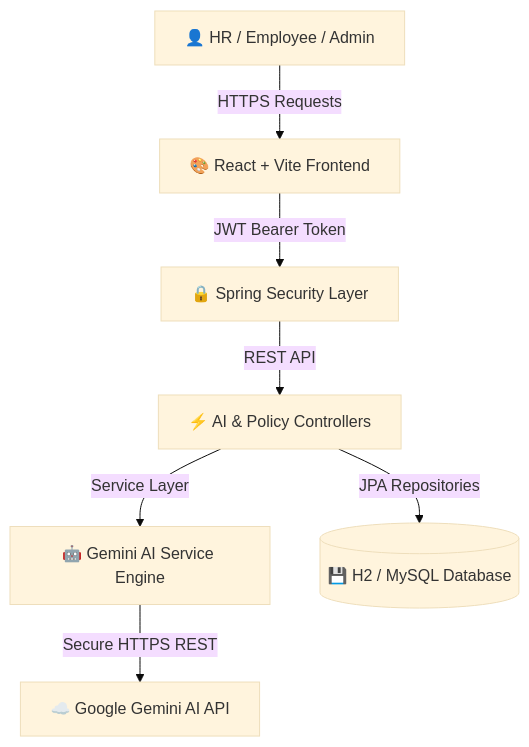
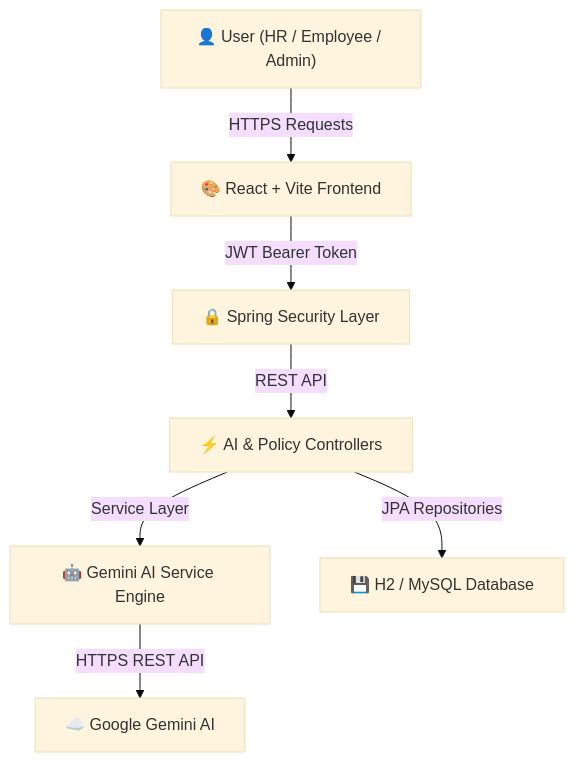
One commit to Dharnishkumaran0831/InsurAI-Project changed the diagram in README.md. Above: the diagram before and after it, drawn with Mermaid (base theme).

Commit message:
Fix Mermaid flowchart diagram syntax for GitHub rendering

````diff
--- a/README.md
+++ b/README.md
@@ -65,9 +65,9 @@
 ```mermaid
-graph TD;
-    User[👤 HR / Employee / Admin] -->|HTTPS Requests| Frontend[🎨 React + Vite Frontend]
-    Frontend -->|JWT Bearer Token| Security[🔒 Spring Security Layer]
-    Security -->|REST API| Controller[⚡ AI & Policy Controllers]
-    Controller -->|Service Layer| GeminiService[🤖 Gemini AI Service Engine]
-    Controller -->|JPA Repositories| DB[(💾 H2 / MySQL Database)]
-    GeminiService -->|Secure HTTPS REST| GoogleAPI[☁️ Google Gemini AI API]
+flowchart TD
+    A["👤 User (HR / Employee / Admin)"] -->|HTTPS Requests| B["🎨 React + Vite Frontend"]
+    B -->|JWT Bearer Token| C["🔒 Spring Security Layer"]
+    C -->|REST API| D["⚡ AI & Policy Controllers"]
+    D -->|Service Layer| E["🤖 Gemini AI Service Engine"]
+    D -->|JPA Repositories| F["💾 H2 / MySQL Database"]
+    E -->|HTTPS REST API| G["☁️ Google Gemini AI"]
 ```
````
